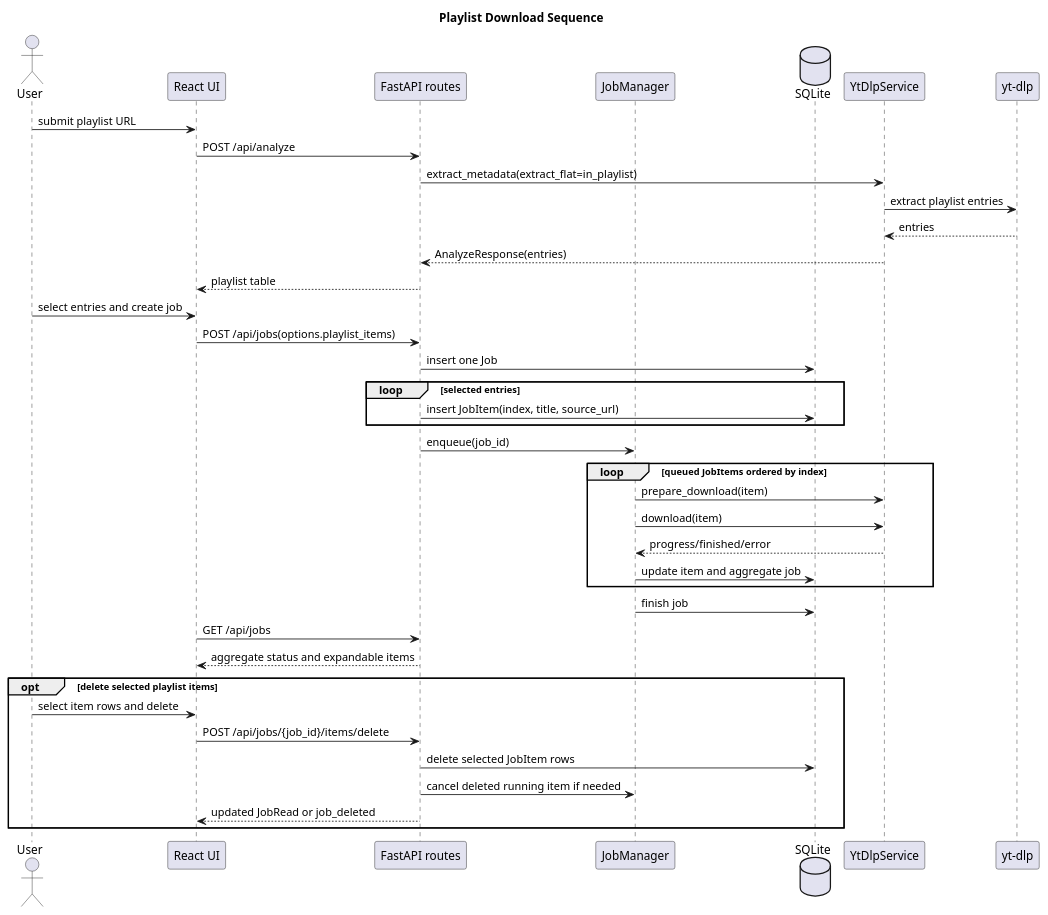
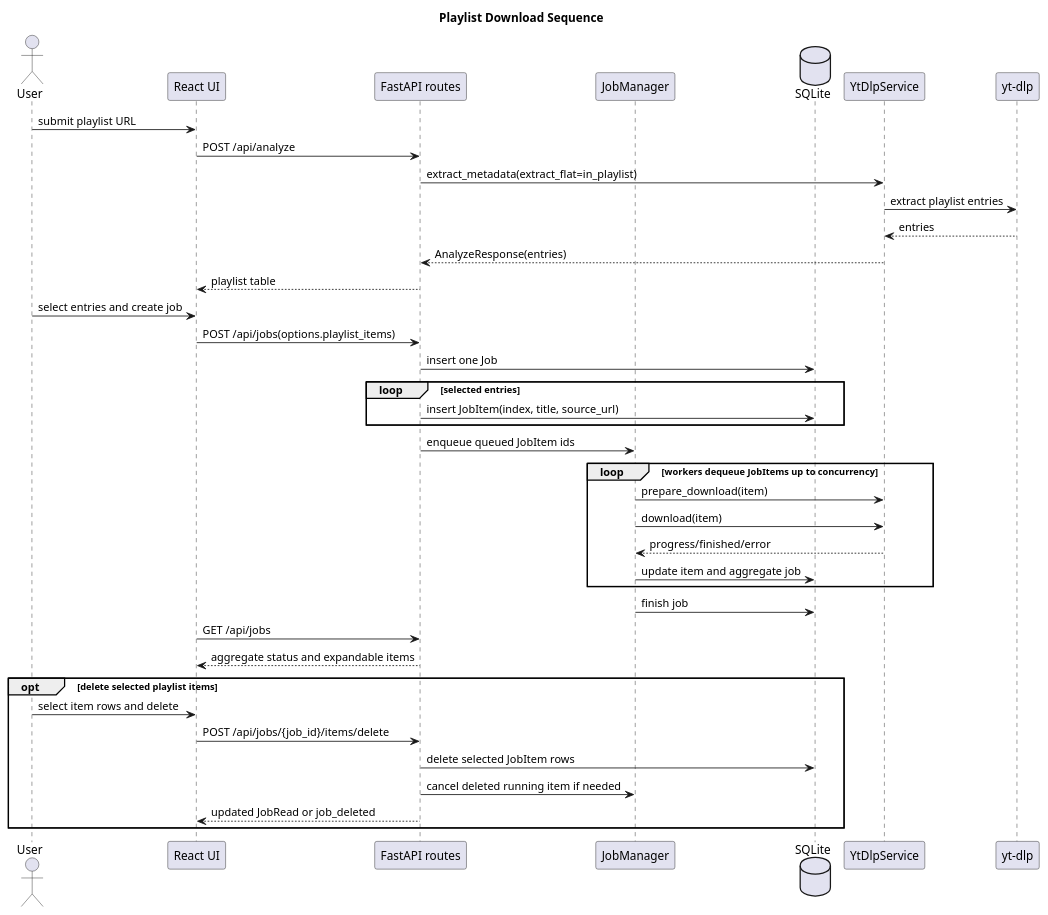
The diagram in docs/diagrams/playlist-sequence.puml (hnucjx/Design-and-Implementation-of-Database-Watermarking-Algorithms-Resistant-to-Brute-Force-Attacks.), drawn with PlantUML before and after one commit. The commit also changed 12 other files, not shown here.

```diff
--- a/docs/diagrams/playlist-sequence.puml
+++ b/docs/diagrams/playlist-sequence.puml
@@ -1,47 +1,47 @@
 @startuml
 title Playlist Download Sequence
 skinparam shadowing false
 
 actor User
 participant "React UI" as UI
 participant "FastAPI routes" as API
 participant "JobManager" as Manager
 database "SQLite" as DB
 participant "YtDlpService" as Service
 participant "yt-dlp" as YTDLP
 
 User -> UI : submit playlist URL
 UI -> API : POST /api/analyze
 API -> Service : extract_metadata(extract_flat=in_playlist)
 Service -> YTDLP : extract playlist entries
 YTDLP --> Service : entries
 Service --> API : AnalyzeResponse(entries)
 API --> UI : playlist table
 
 User -> UI : select entries and create job
 UI -> API : POST /api/jobs(options.playlist_items)
 API -> DB : insert one Job
 loop selected entries
   API -> DB : insert JobItem(index, title, source_url)
 end
-API -> Manager : enqueue(job_id)
+API -> Manager : enqueue queued JobItem ids
 
-loop queued JobItems ordered by index
+loop workers dequeue JobItems up to concurrency
   Manager -> Service : prepare_download(item)
   Manager -> Service : download(item)
   Service --> Manager : progress/finished/error
   Manager -> DB : update item and aggregate job
 end
 
 Manager -> DB : finish job
 UI -> API : GET /api/jobs
 API --> UI : aggregate status and expandable items
 
 opt delete selected playlist items
   User -> UI : select item rows and delete
   UI -> API : POST /api/jobs/{job_id}/items/delete
   API -> DB : delete selected JobItem rows
   API -> Manager : cancel deleted running item if needed
   API --> UI : updated JobRead or job_deleted
 end
 @enduml
```
